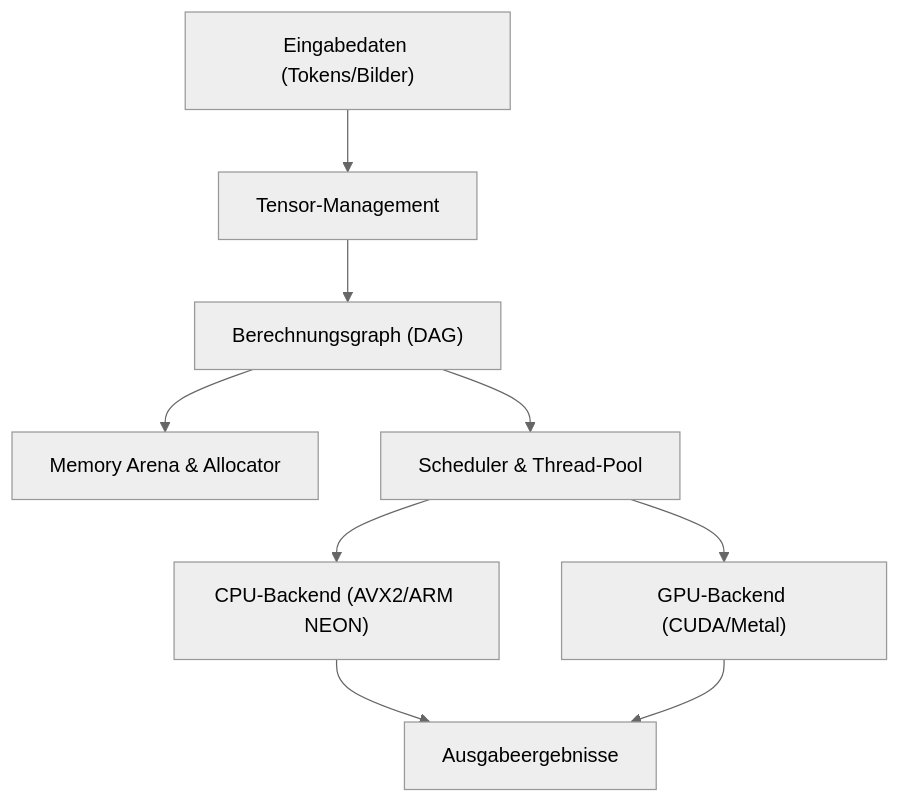
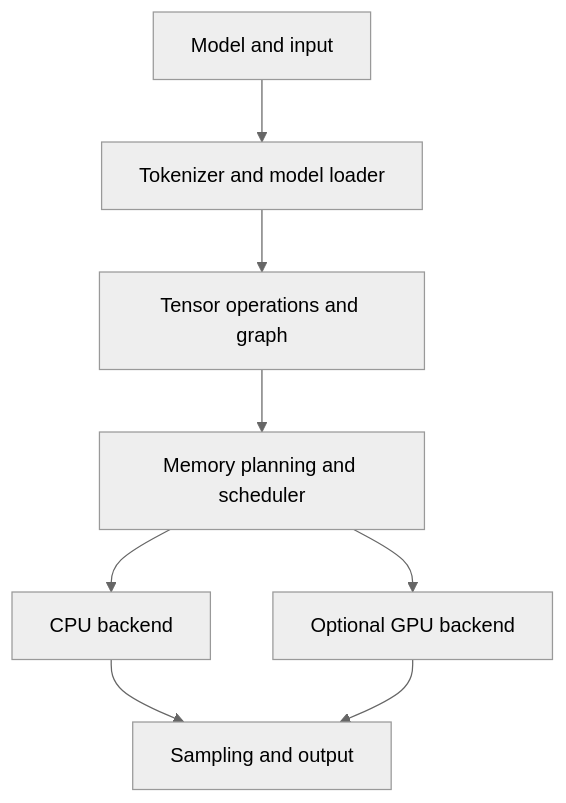
One commit to kenjinote/blog changed the diagram in content/post/Python不要C++だけでAI推論エンジンを構築してみた/index.de.md. Above: the diagram before and after it, drawn with Mermaid (neutral theme). The commit also changed other lines of this file and 16 other files, not shown here.

````diff
--- a/content/post/Python不要C++だけでAI推論エンジンを構築してみた/index.de.md
+++ b/content/post/Python不要C++だけでAI推論エンジンを構築してみた/index.de.md
@@ -32,11 +22,10 @@
 ```mermaid
 graph TD
-    A["Eingabedaten (Tokens/Bilder)"] --> B["Tensor-Management"]
-    B --> C["Berechnungsgraph (DAG)"]
-    C --> D["Memory Arena & Allocator"]
-    C --> E["Scheduler & Thread-Pool"]
-    E --> F["CPU-Backend (AVX2/ARM NEON)"]
-    E --> G["GPU-Backend (CUDA/Metal)"]
-    F --> H["Ausgabeergebnisse"]
-    G --> H
+    A["Model and input"] --> B["Tokenizer and model loader"]
+    B --> C["Tensor operations and graph"]
+    C --> D["Memory planning and scheduler"]
+    D --> E["CPU backend"]
+    D --> FGPU["Optional GPU backend"]
+    E --> G["Sampling and output"]
+    FGPU --> G
 ```
````
